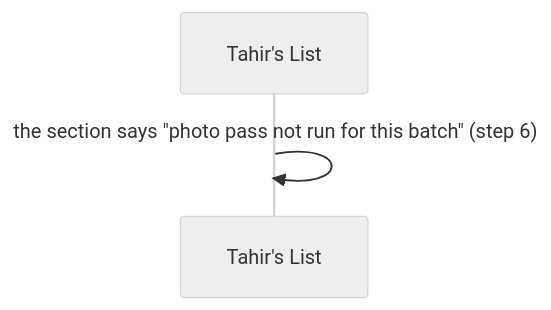
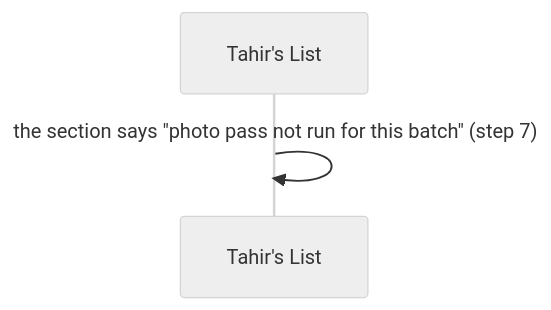
The sixth of 6 diagrams in docs/features/SC-231/04-blackbox/UC-04-review-enrichment.md (Losers-Lab/tahirs-list), drawn with Mermaid (neutral theme) before and after one commit. The commit also changed other lines of this file and 13 other files, not shown here.

````diff
--- a/docs/features/SC-231/04-blackbox/UC-04-review-enrichment.md
+++ b/docs/features/SC-231/04-blackbox/UC-04-review-enrichment.md
@@ -39,5 +46,5 @@
 ```mermaid
 sequenceDiagram
   participant TL as Tahir's List
-  TL->>TL: the section says "photo pass not run for this batch" (step 6)
+  TL->>TL: the section says "photo pass not run for this batch" (step 7)
 ```
````
